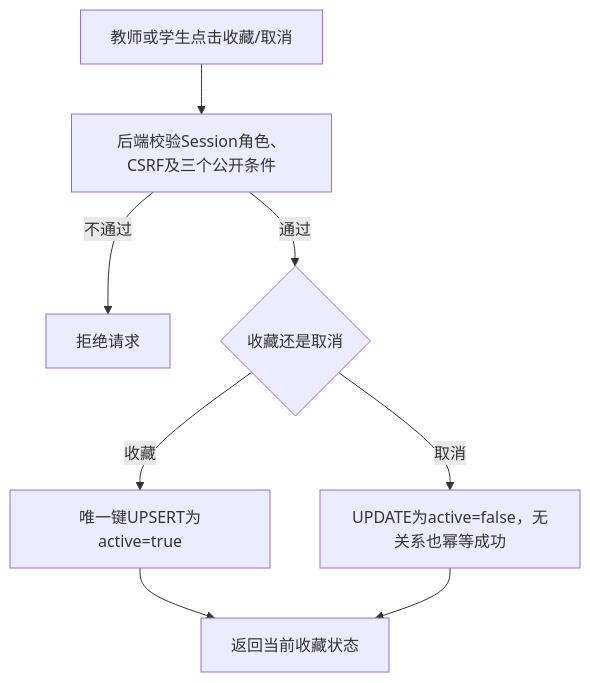
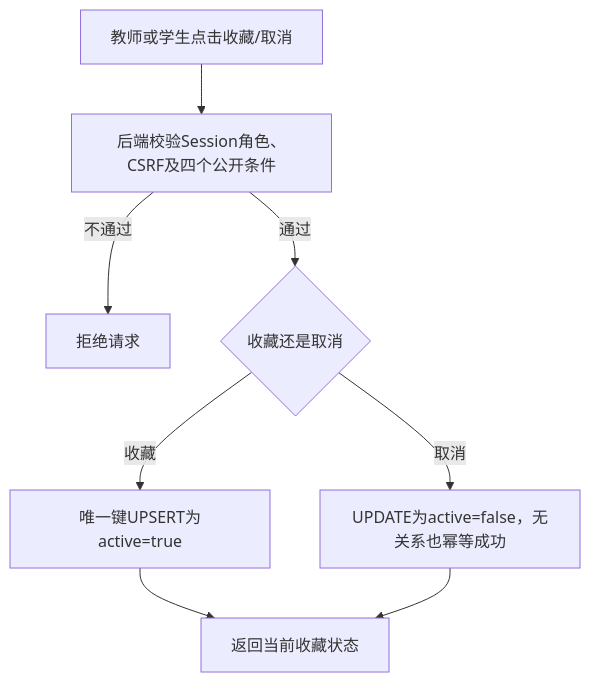
One commit to snowlei1/Management-System changed the fifth of 8 diagrams in docs/04-业务流程.md. Above: the diagram before and after it, drawn with Mermaid. The commit also changed other lines of this file and 48 other files, not shown here.

````diff
--- a/docs/04-业务流程.md
+++ b/docs/04-业务流程.md
@@ -97,10 +97,10 @@
 ```mermaid
 flowchart TD
-    A[教师或学生点击收藏/取消] --> B[后端校验Session角色、CSRF及三个公开条件]
+    A[教师或学生点击收藏/取消] --> B[后端校验Session角色、CSRF及四个公开条件]
     B -->|不通过| X[拒绝请求]
     B -->|通过| C{收藏还是取消}
     C -->|收藏| D[唯一键UPSERT为active=true]
     C -->|取消| E[UPDATE为active=false，无关系也幂等成功]
     D --> F[返回当前收藏状态]
     E --> F
 ```
````
